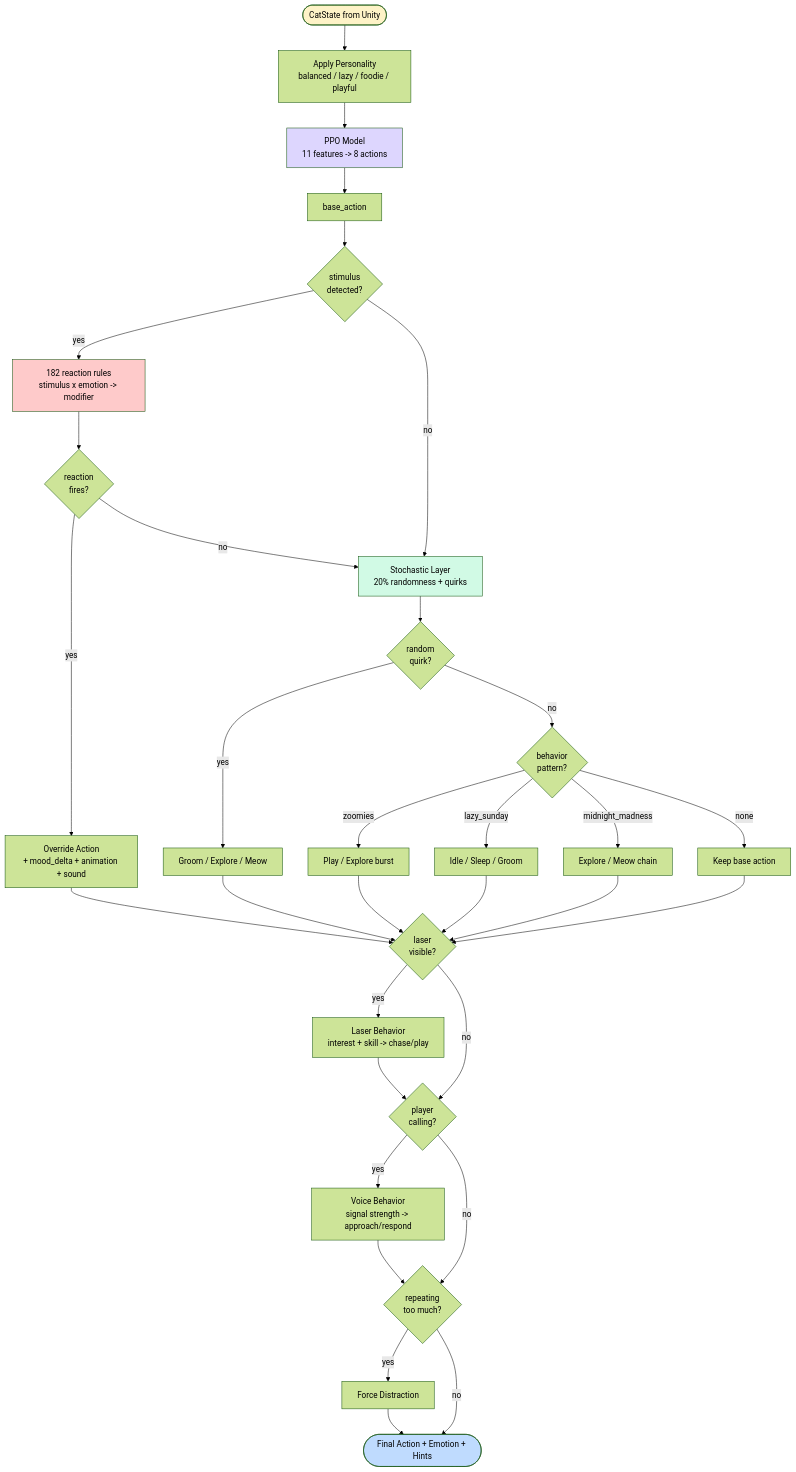
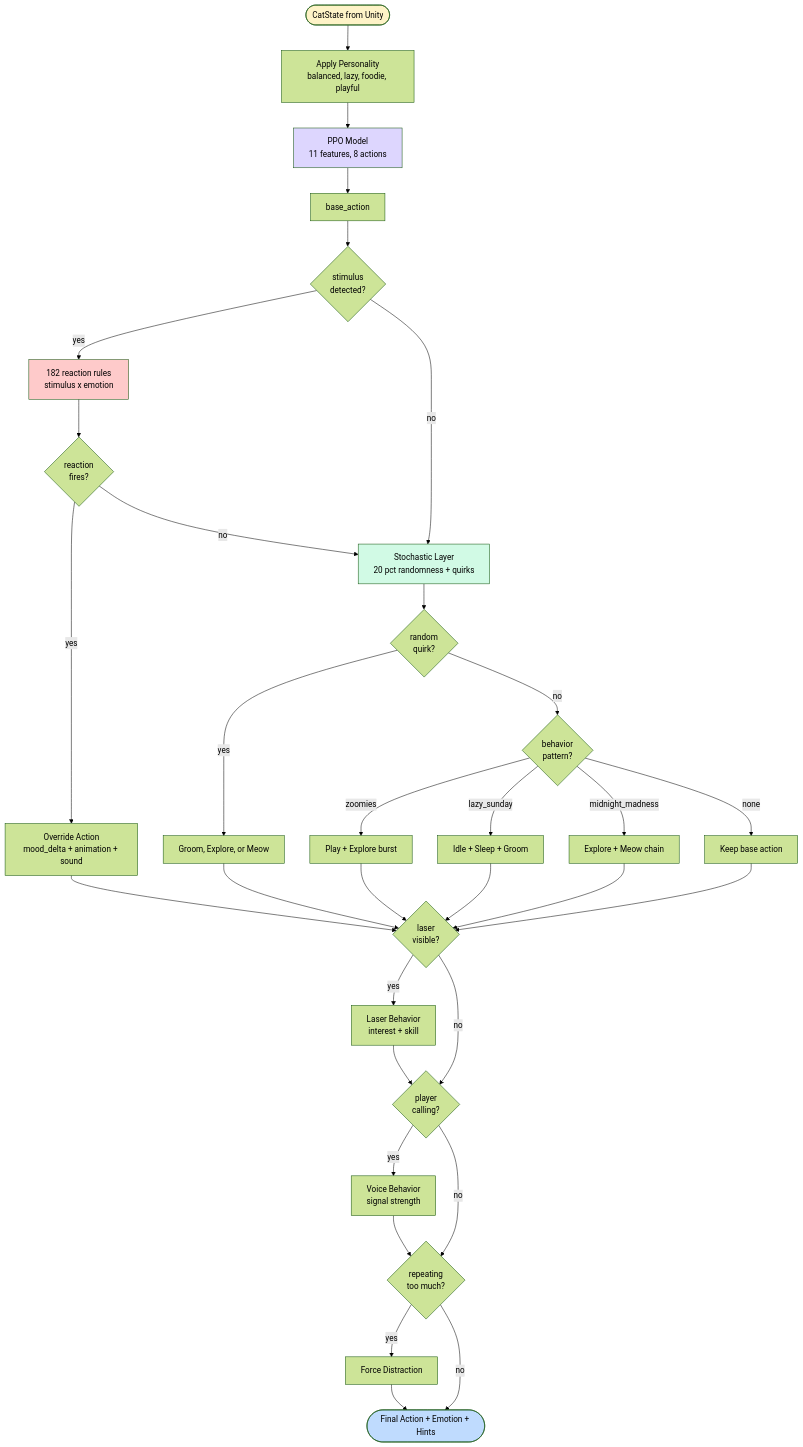
One commit to tantaneity/cat-brain-service changed the fourth of 6 diagrams in README.md. Above: the diagram before and after it, drawn with Mermaid (forest theme). The commit also changed other lines of this file, not shown here.

Commit message:
docs(readme): update architecture diagrams to match actual codebase

````diff
--- a/README.md
+++ b/README.md
@@ -194,48 +194,48 @@
 ```mermaid
 flowchart TD
-    STATE([CatState from Unity]) --> PERSONALITY
+    STATE(["CatState from Unity"]) --> PERSONALITY
 
-    PERSONALITY[Apply Personality<br/>balanced / lazy / foodie / playful] --> MODEL
-    MODEL[PPO Model<br/>11 features -> 8 actions] --> BASE
+    PERSONALITY["Apply Personality<br/>balanced, lazy, foodie, playful"] --> MODEL
+    MODEL["PPO Model<br/>11 features, 8 actions"] --> BASE
 
-    BASE[base_action] --> STIMULUS{stimulus<br/>detected?}
+    BASE["base_action"] --> STIMULUS{"stimulus<br/>detected?"}
 
-    STIMULUS -->|yes| RULES[182 reaction rules<br/>stimulus x emotion -> modifier]
-    STIMULUS -->|no| NOISE[Stochastic Layer<br/>20% randomness + quirks]
+    STIMULUS -->|yes| RULES["182 reaction rules<br/>stimulus x emotion"]
+    STIMULUS -->|no| NOISE["Stochastic Layer<br/>20 pct randomness + quirks"]
 
-    RULES --> OVERRIDE{reaction<br/>fires?}
-    OVERRIDE -->|yes| REACTION_ACTION[Override Action<br/>+ mood_delta + animation + sound]
+    RULES --> OVERRIDE{"reaction<br/>fires?"}
+    OVERRIDE -->|yes| REACTION_ACTION["Override Action<br/>mood_delta + animation + sound"]
     OVERRIDE -->|no| NOISE
 
-    NOISE --> QUIRK{random<br/>quirk?}
-    QUIRK -->|yes| QUIRK_ACTION[Groom / Explore / Meow]
-    QUIRK -->|no| PATTERN{behavior<br/>pattern?}
+    NOISE --> QUIRK{"random<br/>quirk?"}
+    QUIRK -->|yes| QUIRK_ACTION["Groom, Explore, or Meow"]
+    QUIRK -->|no| PATTERN{"behavior<br/>pattern?"}
 
-    PATTERN -->|zoomies| ZOOMIES[Play / Explore burst]
-    PATTERN -->|lazy_sunday| LAZY[Idle / Sleep / Groom]
-    PATTERN -->|midnight_madness| MIDNIGHT[Explore / Meow chain]
-    PATTERN -->|none| PASS[Keep base action]
+    PATTERN -->|zoomies| ZOOMIES["Play + Explore burst"]
+    PATTERN -->|lazy_sunday| LAZY["Idle + Sleep + Groom"]
+    PATTERN -->|midnight_madness| MIDNIGHT["Explore + Meow chain"]
+    PATTERN -->|none| PASS["Keep base action"]
 
-    REACTION_ACTION & QUIRK_ACTION & ZOOMIES & LAZY & MIDNIGHT & PASS --> LASER{laser<br/>visible?}
+    REACTION_ACTION & QUIRK_ACTION & ZOOMIES & LAZY & MIDNIGHT & PASS --> LASER{"laser<br/>visible?"}
 
-    LASER -->|yes| LASER_LEARN[Laser Behavior<br/>interest + skill -> chase/play]
-    LASER -->|no| VOICE{player<br/>calling?}
+    LASER -->|yes| LASER_LEARN["Laser Behavior<br/>interest + skill"]
+    LASER -->|no| VOICE{"player<br/>calling?"}
 
     LASER_LEARN --> VOICE
 
-    VOICE -->|yes| VOICE_LEARN[Voice Behavior<br/>signal strength -> approach/respond]
+    VOICE -->|yes| VOICE_LEARN["Voice Behavior<br/>signal strength"]
     VOICE -->|no| REPETITION
 
     VOICE_LEARN --> REPETITION
 
-    REPETITION{repeating<br/>too much?} -->|yes| DISTRACT[Force Distraction]
+    REPETITION{"repeating<br/>too much?"} -->|yes| DISTRACT["Force Distraction"]
     REPETITION -->|no| FINAL
 
-    DISTRACT --> FINAL([Final Action + Emotion + Hints])
+    DISTRACT --> FINAL(["Final Action + Emotion + Hints"])
 
     style STATE fill:#fef3c7
     style MODEL fill:#ddd6fe
     style RULES fill:#fecaca
     style NOISE fill:#d1fae5
     style FINAL fill:#bfdbfe
 ```
````
